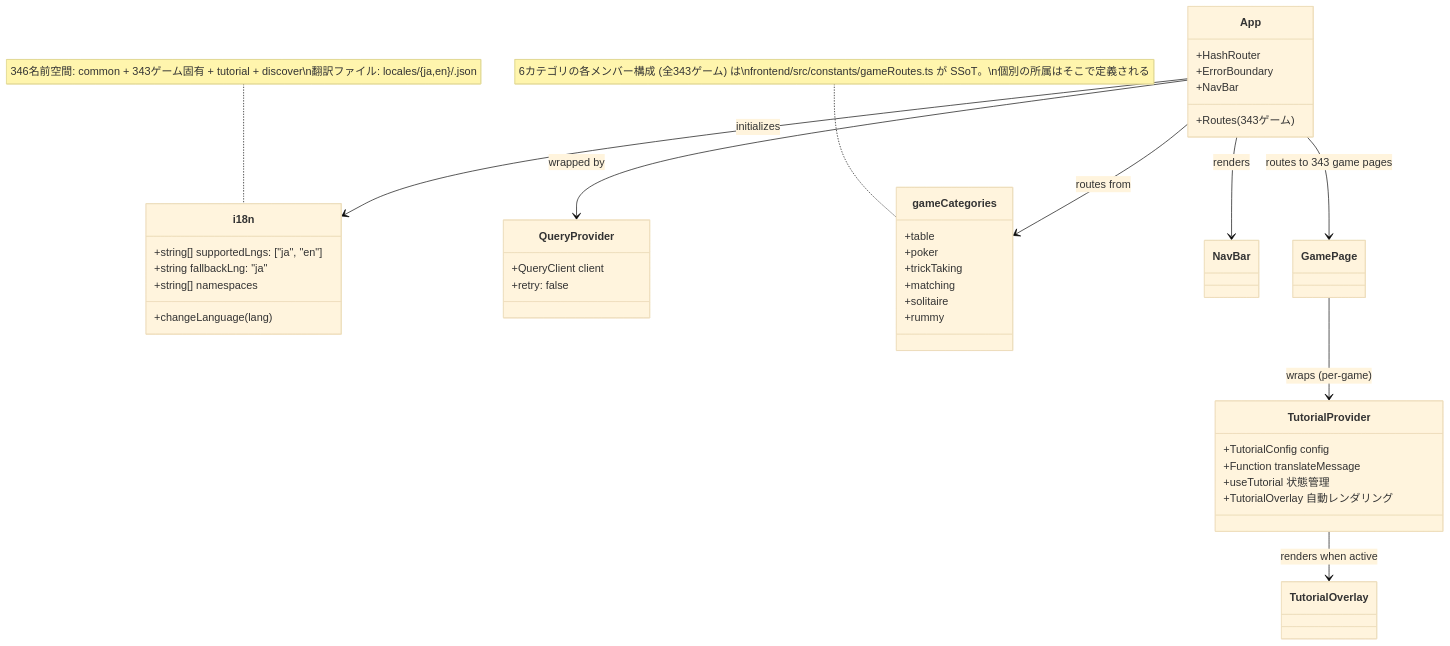
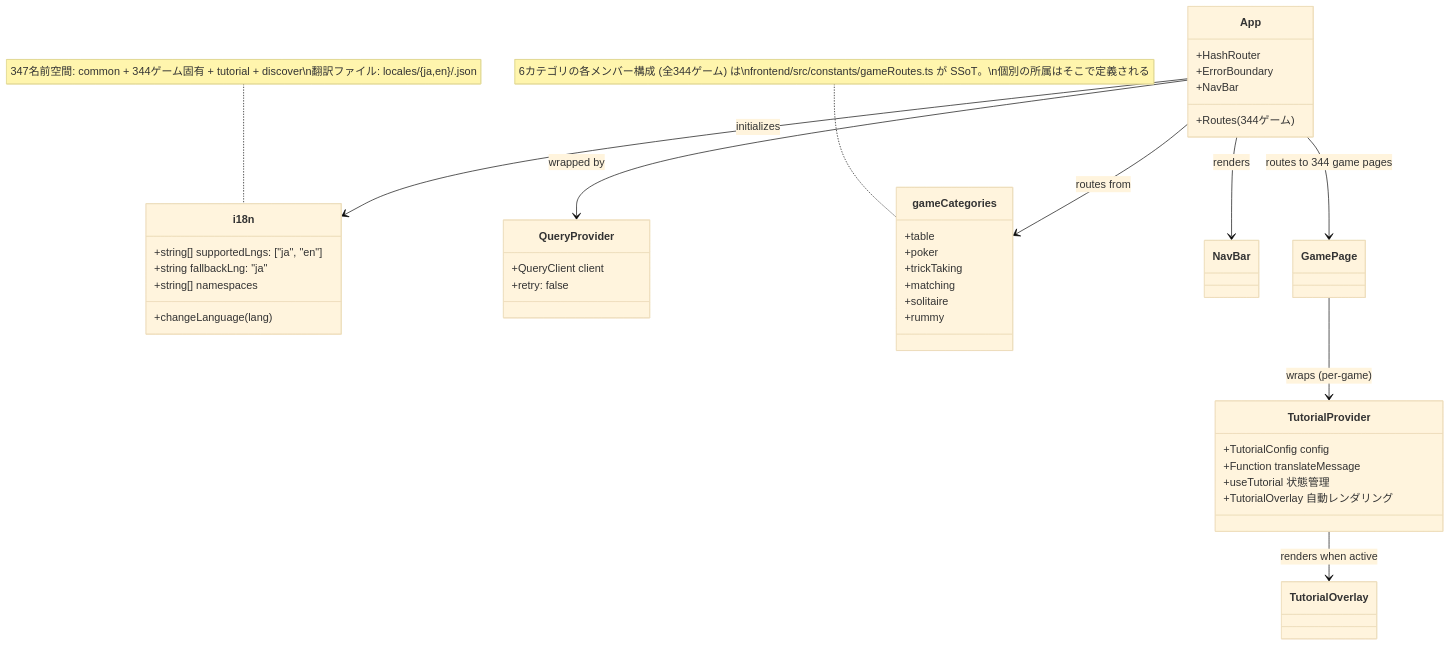
The ninth of 49 diagrams in docs/design/frontend.md (yuta-yoshinaga/go_trumpcards), drawn with Mermaid (base theme) before and after one commit. The commit also changed other lines of this file and 60 other files, not shown here.

````diff
--- a/docs/design/frontend.md
+++ b/docs/design/frontend.md
@@ -1874,48 +1874,48 @@
 ```mermaid
 classDiagram
     class i18n {
         +string[] supportedLngs: ["ja", "en"]
         +string fallbackLng: "ja"
         +string[] namespaces
         +changeLanguage(lang)
     }
 
     class QueryProvider {
         +QueryClient client
         +retry: false
     }
 
     class App {
         +HashRouter
         +ErrorBoundary
         +NavBar
-        +Routes (343ゲーム)
+        +Routes (344ゲーム)
     }
 
     class gameCategories {
         +table
         +poker
         +trickTaking
         +matching
         +solitaire
         +rummy
     }
-    note for gameCategories "6カテゴリの各メンバー構成 (全343ゲーム) は\nfrontend/src/constants/gameRoutes.ts が SSoT。\n個別の所属はそこで定義される"
+    note for gameCategories "6カテゴリの各メンバー構成 (全344ゲーム) は\nfrontend/src/constants/gameRoutes.ts が SSoT。\n個別の所属はそこで定義される"
 
     class TutorialProvider {
         +TutorialConfig config
         +Function translateMessage
         +useTutorial 状態管理
         +TutorialOverlay 自動レンダリング
     }
 
     App --> QueryProvider : wrapped by
     App --> i18n : initializes
     App --> gameCategories : routes from
     App --> NavBar : renders
-    App --> GamePage : routes to 343 game pages
+    App --> GamePage : routes to 344 game pages
     GamePage --> TutorialProvider : wraps (per-game)
     TutorialProvider --> TutorialOverlay : renders when active
 
-    note for i18n "346名前空間: common + 343ゲーム固有 + tutorial + discover\n翻訳ファイル: locales/{ja,en}/<game>.json"
+    note for i18n "347名前空間: common + 344ゲーム固有 + tutorial + discover\n翻訳ファイル: locales/{ja,en}/<game>.json"
 ```
````
